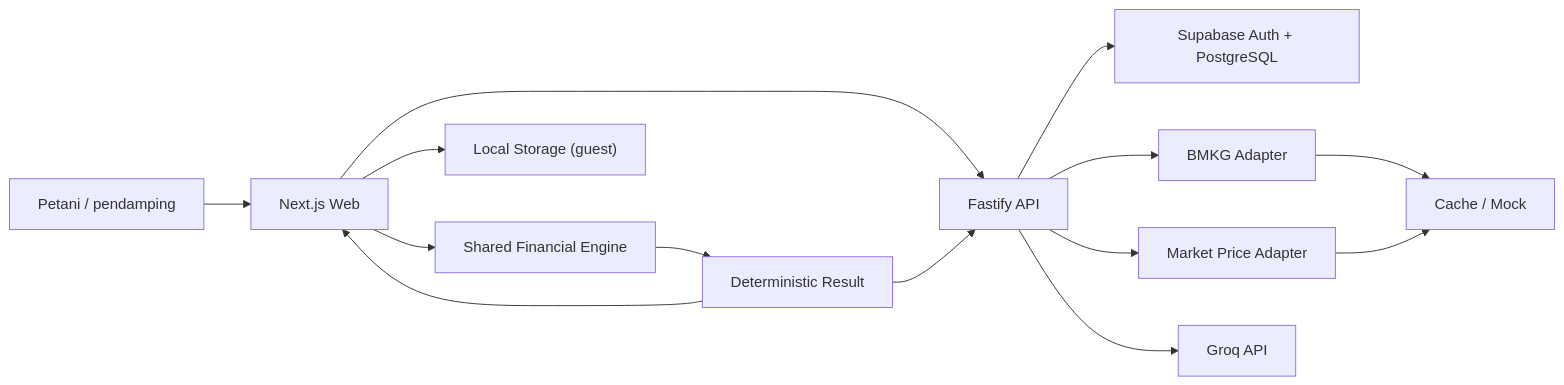
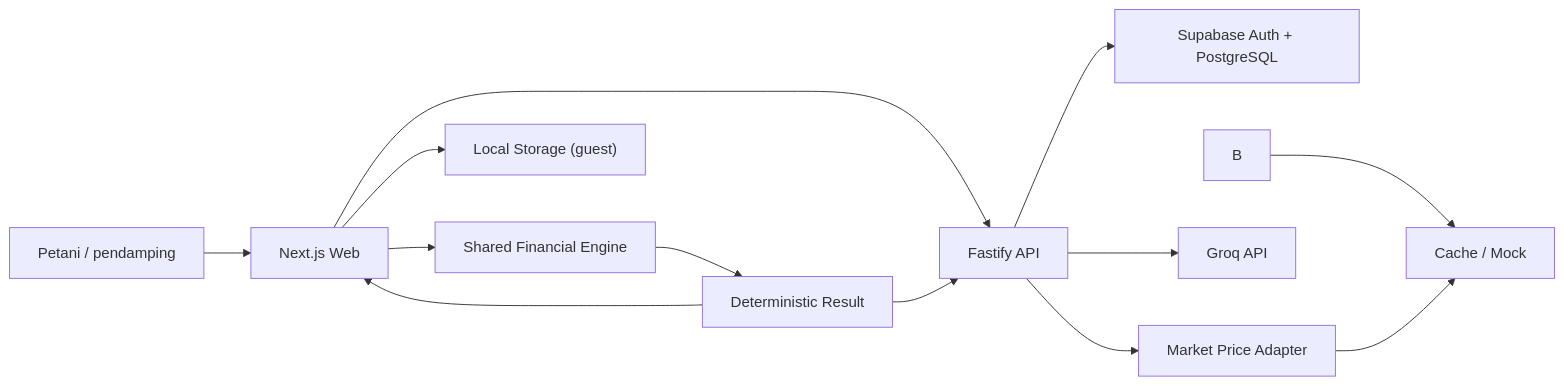
Before and after one commit to Nevanoz/SeasonWise: the first of 5 diagrams in docs/PROJECT_BLUEPRINT.md, drawn with Mermaid. The commit also changed other lines of this file and 63 other files, not shown here.

````diff
--- a/docs/PROJECT_BLUEPRINT.md
+++ b/docs/PROJECT_BLUEPRINT.md
@@ -100,16 +100,15 @@
 ```mermaid
 flowchart LR
   U["Petani / pendamping"] --> W["Next.js Web"]
   W --> E["Shared Financial Engine"]
   W --> L["Local Storage (guest)"]
   W --> A["Fastify API"]
   A --> S["Supabase Auth + PostgreSQL"]
-  A --> B["BMKG Adapter"]
   A --> M["Market Price Adapter"]
   A --> G["Groq API"]
   B --> C["Cache / Mock"]
   M --> C
   E --> R["Deterministic Result"]
   R --> W
   R --> A
 ```
````
